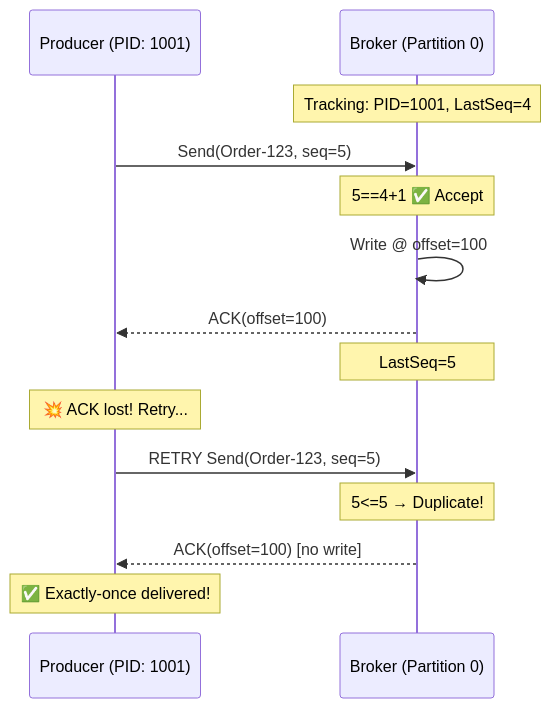
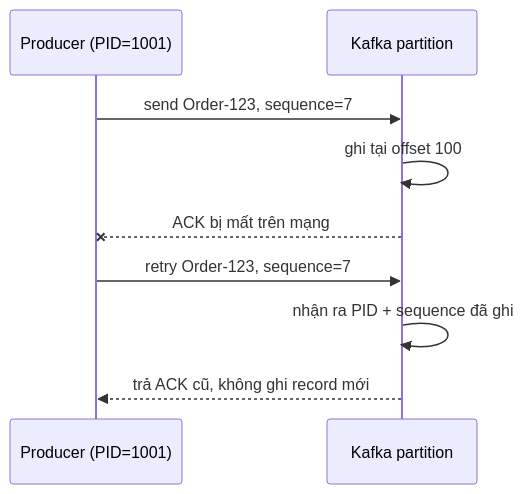
Before and after one commit to vanhiep99w/kafka-learn: the fifth of 7 diagrams in content/docs/producers-consumers/exactly-once.md, drawn with Mermaid. The commit also changed other lines of this file, not shown here.

Commit message:
docs: explain Kafka delivery guarantees

````diff
--- a/content/docs/producers-consumers/exactly-once.md
+++ b/content/docs/producers-consumers/exactly-once.md
@@ -66,19 +296,12 @@
 ```mermaid
 sequenceDiagram
-    participant P as Producer (PID: 1001)
-    participant B as Broker (Partition 0)
+    participant P as Producer (PID=1001)
+    participant B as Kafka partition
 
-    Note over B: Tracking: PID=1001, LastSeq=4
-    P->>B: Send(Order-123, seq=5)
-    Note over B: 5==4+1 ✅ Accept
-    B->>B: Write @ offset=100
-    B-->>P: ACK(offset=100)
-    Note over B: LastSeq=5
-
-    Note over P: 💥 ACK lost! Retry...
-    P->>B: RETRY Send(Order-123, seq=5)
-    Note over B: 5<=5 → Duplicate!
-    B-->>P: ACK(offset=100) [no write]
-
-    Note over P: ✅ Exactly-once delivered!
+    P->>B: send Order-123, sequence=7
+    B->>B: ghi tại offset 100
+    B--xP: ACK bị mất trên mạng
+    P->>B: retry Order-123, sequence=7
+    B->>B: nhận ra PID + sequence đã ghi
+    B-->>P: trả ACK cũ, không ghi record mới
 ```
````
